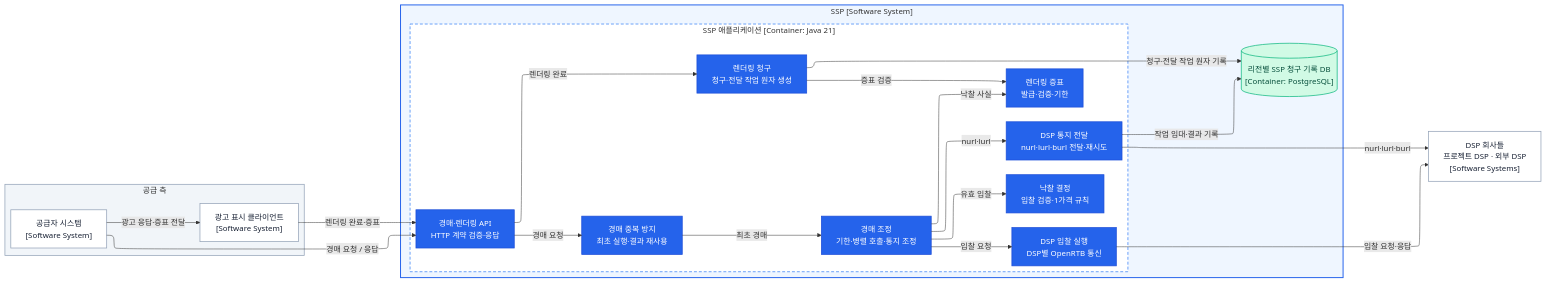
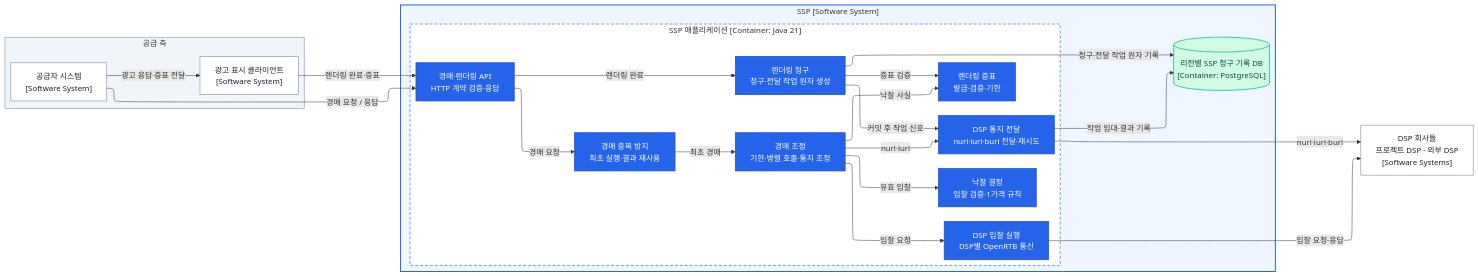
One commit to bbororo5/OpenRTB-Ads-auction changed the diagram in docs/architecture/views/ssp-components.md. Above: the diagram before and after it, drawn with Mermaid. The commit also changed other lines of this file and 1 other file, not shown here.

Commit message:
docs: describe signal-driven billing delivery

````diff
--- a/docs/architecture/views/ssp-components.md
+++ b/docs/architecture/views/ssp-components.md
@@ -9,55 +9,56 @@
 ```mermaid
 %%{init: {"flowchart": {"defaultRenderer": "elk"}}}%%
 flowchart LR
     subgraph SUPPLY["공급 측"]
         direction TB
         SUPPLIER["공급자 시스템<br/>[Software System]"]
         CLIENT["광고 표시 클라이언트<br/>[Software System]"]
         SUPPLIER -->|"광고 응답·증표 전달"| CLIENT
     end
 
     subgraph SSP["SSP [Software System]"]
         direction TB
         subgraph APP["SSP 애플리케이션 [Container: Java 21]"]
             direction TB
             API["경매·렌더링 API<br/>HTTP 계약 검증·응답"]
             DEDUPE["경매 중복 방지<br/>최초 실행·결과 재사용"]
             COORDINATOR["경매 조정<br/>기한·병렬 호출·통지 조정"]
             BIDDER["DSP 입찰 실행<br/>DSP별 OpenRTB 통신"]
             WINNER["낙찰 결정<br/>입찰 검증·1가격 규칙"]
             PROOF["렌더링 증표<br/>발급·검증·기한"]
             CLAIM["렌더링 청구<br/>청구·전달 작업 원자 생성"]
             DELIVERY["DSP 통지 전달<br/>nurl·lurl·burl 전달·재시도"]
 
             API -->|"경매 요청"| DEDUPE
             DEDUPE -->|"최초 경매"| COORDINATOR
             COORDINATOR -->|"입찰 요청"| BIDDER
             COORDINATOR -->|"유효 입찰"| WINNER
             COORDINATOR -->|"낙찰 사실"| PROOF
             COORDINATOR -->|"nurl·lurl"| DELIVERY
             API -->|"렌더링 완료"| CLAIM
             CLAIM -->|"증표 검증"| PROOF
+            CLAIM -->|"커밋 후 작업 신호"| DELIVERY
         end
 
         STORE[("리전별 SSP 청구 기록 DB<br/>[Container: PostgreSQL]")]
         CLAIM -->|"청구·전달 작업 원자 기록"| STORE
         DELIVERY -->|"작업 임대·결과 기록"| STORE
     end
 
     DSPS["DSP 회사들<br/>프로젝트 DSP · 외부 DSP<br/>[Software Systems]"]
 
     SUPPLIER -->|"경매 요청 / 응답"| API
     CLIENT -->|"렌더링 완료·증표"| API
     BIDDER -->|"입찰 요청·응답"| DSPS
     DELIVERY -->|"nurl·lurl·burl"| DSPS
 
     classDef component fill:#2563eb,color:#fff,stroke:#1d4ed8,stroke-width:1.5px;
     classDef external fill:#fff,color:#172033,stroke:#94a3b8,stroke-width:1.5px;
     classDef store fill:#d1fae5,color:#064e3b,stroke:#10b981,stroke-width:1.5px;
     class API,DEDUPE,COORDINATOR,BIDDER,WINNER,PROOF,CLAIM,DELIVERY component;
     class SUPPLIER,CLIENT,DSPS external;
     class STORE store;
     style SUPPLY fill:#f1f5f9,stroke:#94a3b8,stroke-width:1.5px
     style SSP fill:#eff6ff,stroke:#2563eb,stroke-width:2px
     style APP fill:#ffffff,stroke:#3b82f6,stroke-width:1.5px,stroke-dasharray:6 4
 ```
````
